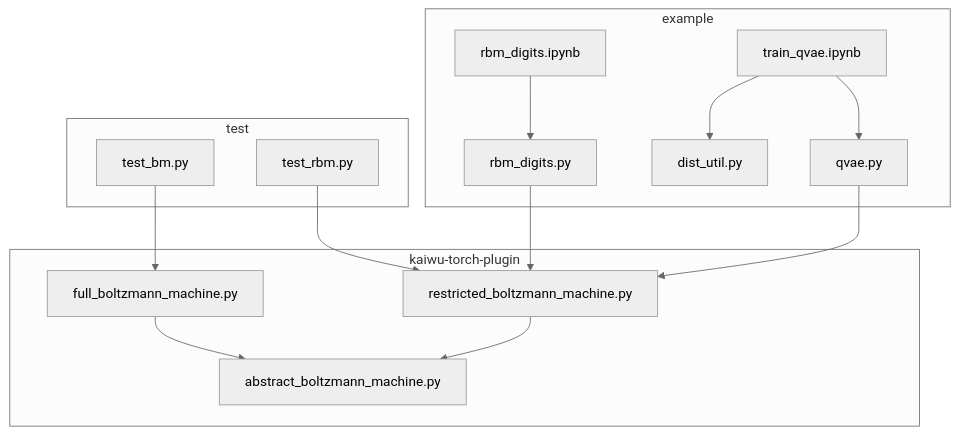
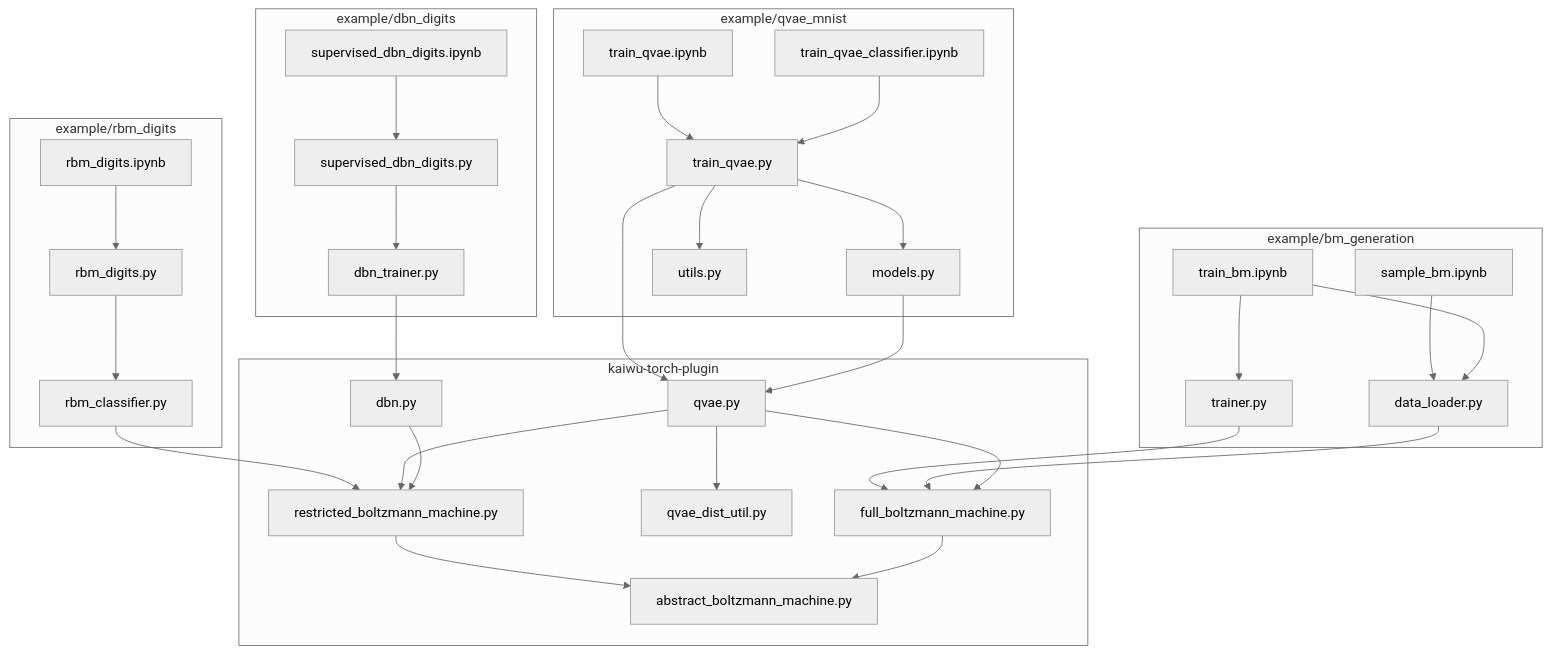
Before and after one commit to qboson/kaiwu-pytorch-plugin: the diagram in README_ZH.md, drawn with Mermaid (neutral theme). The commit also changed other lines of this file and 7 other files, not shown here.

Commit message:
update readme and mermaid

````diff
--- a/README_ZH.md
+++ b/README_ZH.md
@@ -16,18 +23,52 @@
 ```mermaid
 graph TD
+    %% 定义核心库节点
     subgraph kaiwu-torch-plugin
-        bm[full_boltzmann_machine.py] -->abm[abstract_boltzmann_machine.py]
-        rbm[restricted_boltzmann_machine.py] -->abm
+        dbn_core["dbn.py"]
+        fbm_core["full_boltzmann_machine.py"]
+        qvae_core["qvae.py"]
+        qvae_dist_core["qvae_dist_util.py"]
+        rbm_core["restricted_boltzmann_machine.py"]
+        rbm_abstract["abstract_boltzmann_machine.py"]
     end
-    subgraph example
-        rbm_example_d1[rbm_digits.py] --> rbm
-        rbm_example_d2[rbm_digits.ipynb] --> rbm_example_d1
-        rbm_example_v1[qvae.py] --> rbm
-        rbm_example_v2 --> rbm_example_v3[dist_util.py] 
-        rbm_example_v2[train_qvae.ipynb] --> rbm_example_v1
+
+    %% BM Generation 示例
+    subgraph example_bm["example/bm_generation"]
+        bm_train_py["train_bm.ipynb"] --> bm_trainer_py["trainer.py"]
+        bm_sample_ipynb["sample_bm.ipynb"] --> bm_loader_py["data_loader.py"]
+        bm_trainer_py --> fbm_core
+        bm_loader_py --> fbm_core
+        bm_train_py --> bm_loader_py
     end
-    subgraph test
-        test_bm[test_bm.py] --> bm
-        test_rbm[test_rbm.py] --> rbm
+
+    %% DBN Digits 示例
+    subgraph example_dbn["example/dbn_digits"]
+        dbn_sup_py["supervised_dbn_digits.py"] --> dbn_trainer_py["dbn_trainer.py"]
+        dbn_sup_ipynb["supervised_dbn_digits.ipynb"] --> dbn_sup_py
+        dbn_trainer_py --> dbn_core
+    end
+
+    %% QVAE MNIST 示例
+    subgraph example_qvae["example/qvae_mnist"]
+        qvae_train_py["train_qvae.py"] --> qvae_models_py["models.py"]
+        qvae_train_ipynb["train_qvae.ipynb"] --> qvae_train_py
+        qvae_class_ipynb["train_qvae_classifier.ipynb"] --> qvae_train_py
+        
+        qvae_train_py --> qvae_core
+        qvae_models_py --> qvae_core
+        qvae_train_py --> qvae_utils_py["utils.py"]
+    end
+
+    %% RBM Digits 示例
+    subgraph example_rbm["example/rbm_digits"]
+        rbm_digits_py["rbm_digits.py"] --> rbm_class_py["rbm_classifier.py"]
+        rbm_digits_ipynb["rbm_digits.ipynb"] --> rbm_digits_py
+        rbm_class_py --> rbm_core
+        rbm_core --> rbm_abstract
+        fbm_core --> rbm_abstract
+        qvae_core --> rbm_core
+        qvae_core --> fbm_core
+        qvae_core --> qvae_dist_core
+        dbn_core --> rbm_core
     end
 ```
````
